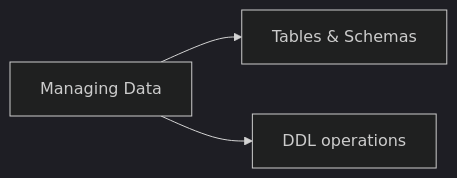
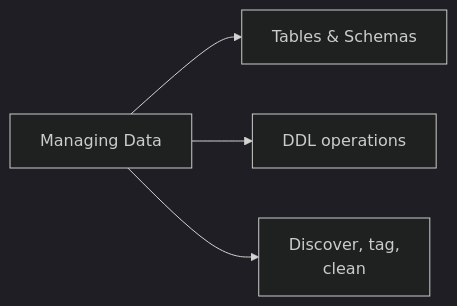
Before and after one commit to kengio/databricks-certification-study-guide: the diagram in certifications/data-analyst-associate/06-managing-data/README.md, drawn with Mermaid (dark theme). The commit also changed other lines of this file and 66 other files, not shown here.

````diff
--- a/certifications/data-analyst-associate/06-managing-data/README.md
+++ b/certifications/data-analyst-associate/06-managing-data/README.md
@@ -17,5 +17,6 @@
 ```mermaid
 flowchart LR
     MD[Managing Data] --> TS[Tables & Schemas]
     MD --> DDL[DDL operations]
+    MD --> DTC[Discover, tag,<br/>clean]
 ```
````
